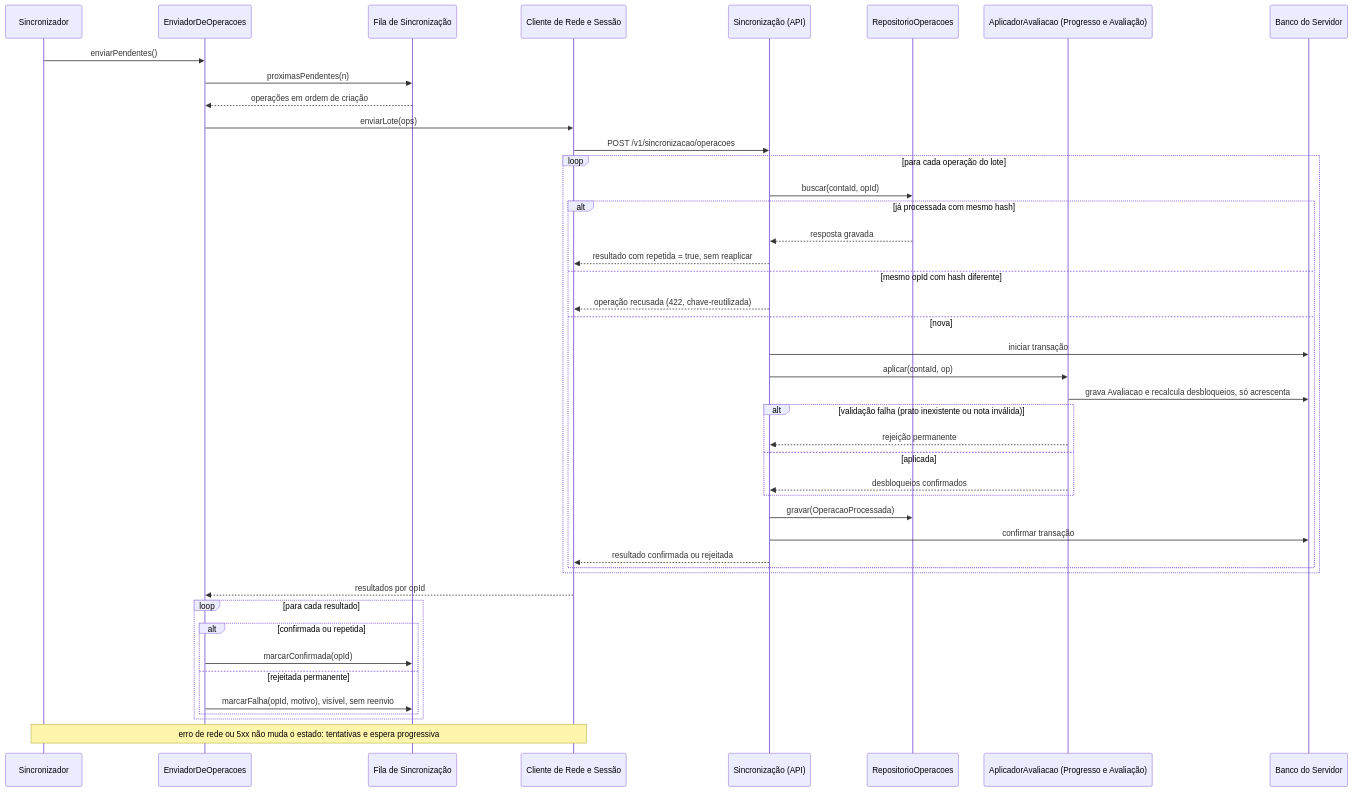
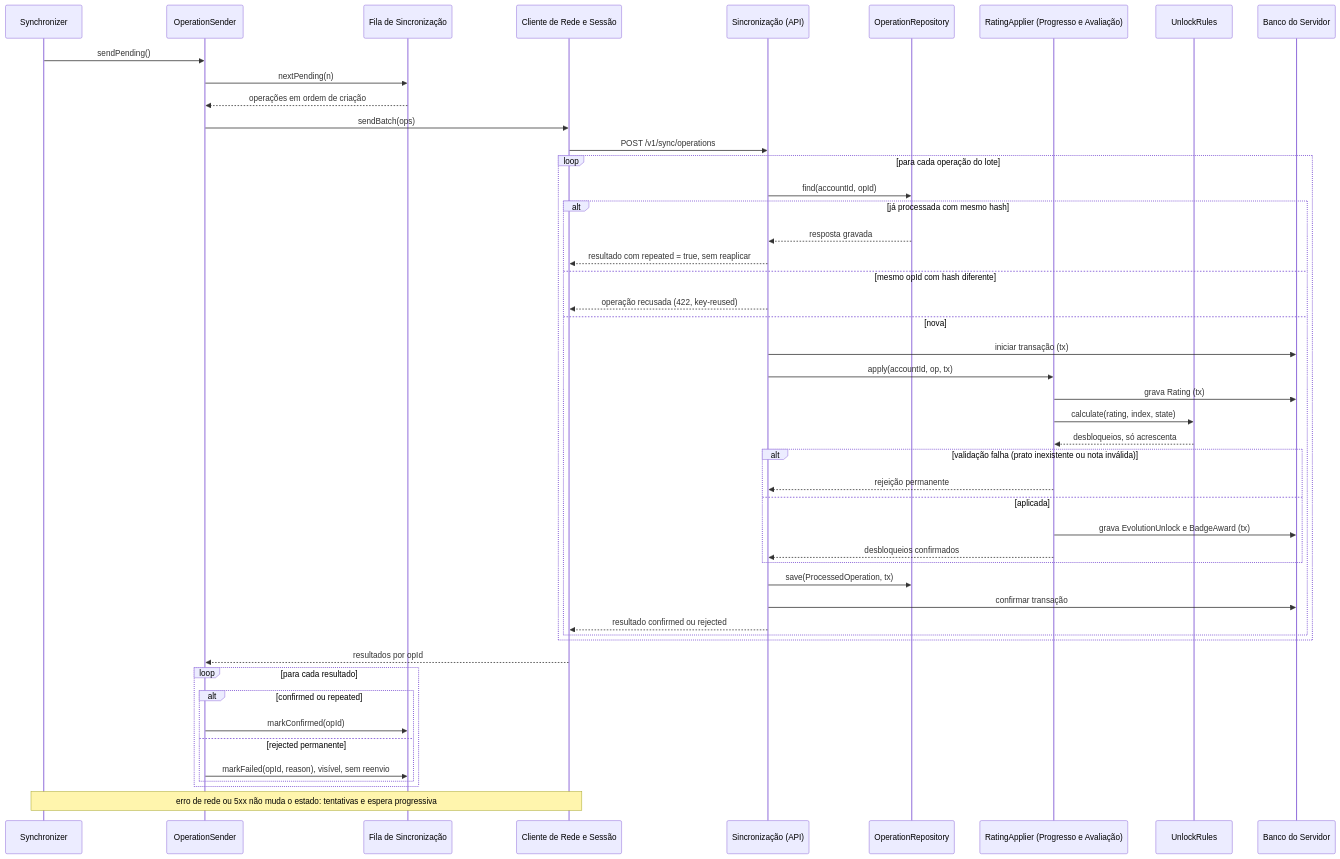
The second of 2 diagrams in docs/fase2/2.6-diagramas_fluxos_contratos/sequencia-uc10.md (AnnyFilgueiras/projeto_tsi), drawn with Mermaid before and after one commit. The commit also changed other lines of this file and 4 other files, not shown here.

Commit message:
docs: update class diagram and sequences to v1.1 (English identifiers, Tx)

````diff
--- a/docs/fase2/2.6-diagramas_fluxos_contratos/sequencia-uc10.md
+++ b/docs/fase2/2.6-diagramas_fluxos_contratos/sequencia-uc10.md
@@ -50,47 +53,51 @@
 ```mermaid
 sequenceDiagram
-  participant SY as Sincronizador
-  participant EN as EnviadorDeOperacoes
+  participant SY as Synchronizer
+  participant EN as OperationSender
   participant FI as Fila de Sincronização
   participant CR as Cliente de Rede e Sessão
   participant SS as Sincronização (API)
-  participant RO as RepositorioOperacoes
-  participant AA as AplicadorAvaliacao (Progresso e Avaliação)
+  participant RO as OperationRepository
+  participant AA as RatingApplier (Progresso e Avaliação)
+  participant UR as UnlockRules
   participant DB as Banco do Servidor
 
-  SY->>EN: enviarPendentes()
-  EN->>FI: proximasPendentes(n)
+  SY->>EN: sendPending()
+  EN->>FI: nextPending(n)
   FI-->>EN: operações em ordem de criação
-  EN->>CR: enviarLote(ops)
-  CR->>SS: POST /v1/sincronizacao/operacoes
+  EN->>CR: sendBatch(ops)
+  CR->>SS: POST /v1/sync/operations
   loop para cada operação do lote
-    SS->>RO: buscar(contaId, opId)
+    SS->>RO: find(accountId, opId)
     alt já processada com mesmo hash
       RO-->>SS: resposta gravada
-      SS-->>CR: resultado com repetida = true, sem reaplicar
+      SS-->>CR: resultado com repeated = true, sem reaplicar
     else mesmo opId com hash diferente
-      SS-->>CR: operação recusada (422, chave-reutilizada)
+      SS-->>CR: operação recusada (422, key-reused)
     else nova
-      SS->>DB: iniciar transação
-      SS->>AA: aplicar(contaId, op)
-      AA->>DB: grava Avaliacao e recalcula desbloqueios, só acrescenta
+      SS->>DB: iniciar transação (tx)
+      SS->>AA: apply(accountId, op, tx)
+      AA->>DB: grava Rating (tx)
+      AA->>UR: calculate(rating, index, state)
+      UR-->>AA: desbloqueios, só acrescenta
       alt validação falha (prato inexistente ou nota inválida)
         AA-->>SS: rejeição permanente
       else aplicada
+        AA->>DB: grava EvolutionUnlock e BadgeAward (tx)
         AA-->>SS: desbloqueios confirmados
       end
-      SS->>RO: gravar(OperacaoProcessada)
+      SS->>RO: save(ProcessedOperation, tx)
       SS->>DB: confirmar transação
-      SS-->>CR: resultado confirmada ou rejeitada
+      SS-->>CR: resultado confirmed ou rejected
     end
   end
   CR-->>EN: resultados por opId
   loop para cada resultado
-    alt confirmada ou repetida
-      EN->>FI: marcarConfirmada(opId)
-    else rejeitada permanente
-      EN->>FI: marcarFalha(opId, motivo), visível, sem reenvio
+    alt confirmed ou repeated
+      EN->>FI: markConfirmed(opId)
+    else rejected permanente
+      EN->>FI: markFailed(opId, reason), visível, sem reenvio
     end
   end
   Note over SY,CR: erro de rede ou 5xx não muda o estado: tentativas e espera progressiva
 ```
````
